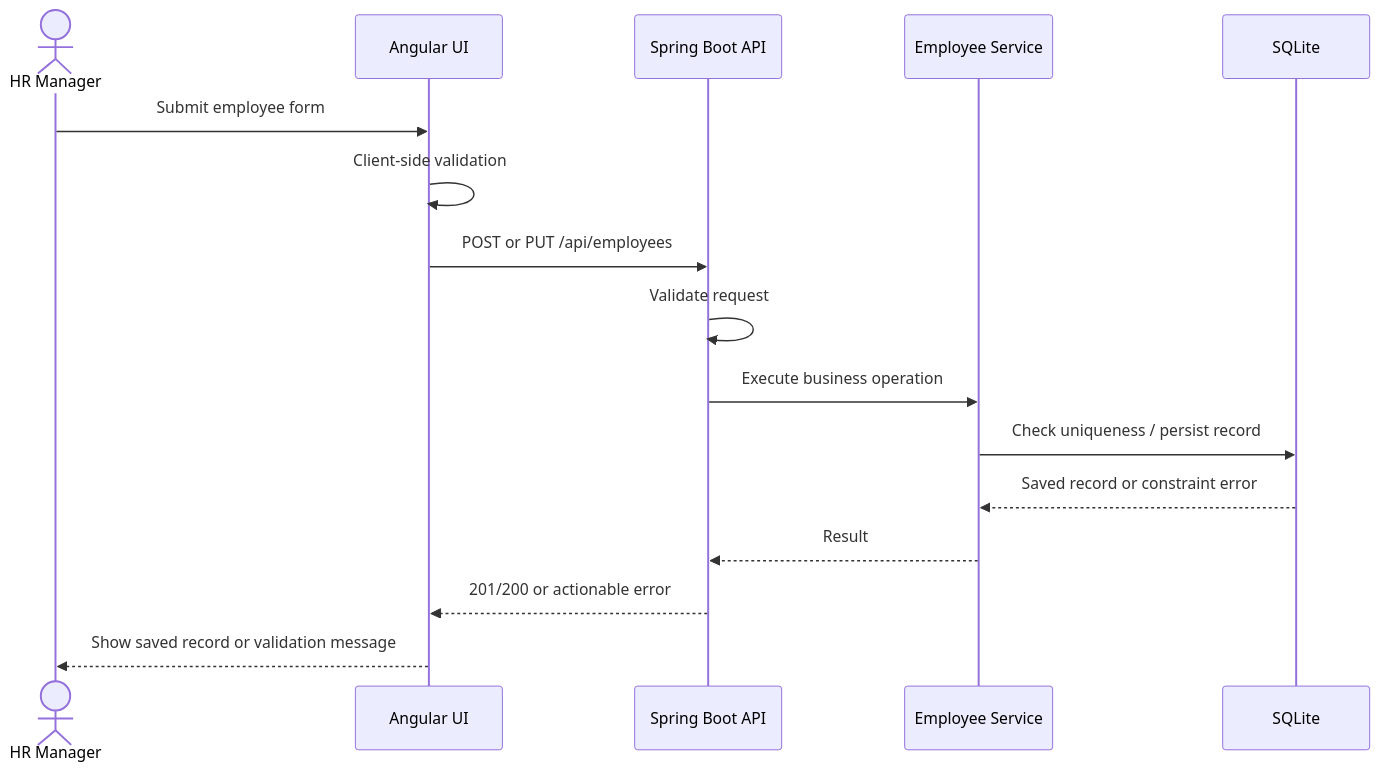
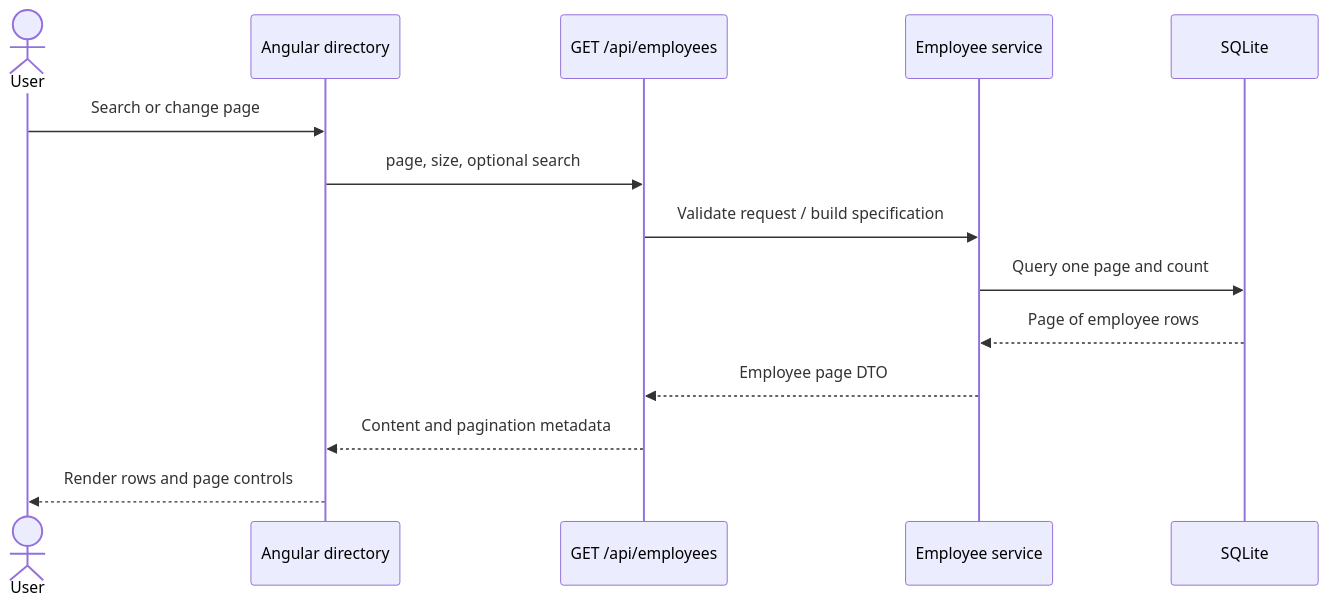
The second of 5 diagrams in docs/architecture-diagrams.md (Pravesh8818-tech/incubyte-salary-management), drawn with Mermaid before and after one commit. The commit also changed other lines of this file and 6 other files, not shown here.

````diff
--- a/docs/architecture-diagrams.md
+++ b/docs/architecture-diagrams.md
@@ -21,18 +24,16 @@
 ```mermaid
 sequenceDiagram
-    actor HR as HR Manager
-    participant UI as Angular UI
-    participant API as Spring Boot API
-    participant S as Employee Service
+    actor User
+    participant UI as Angular directory
+    participant API as GET /api/employees
+    participant Service as Employee service
     participant DB as SQLite
-    HR->>UI: Submit employee form
-    UI->>UI: Client-side validation
-    UI->>API: POST or PUT /api/employees
-    API->>API: Validate request
-    API->>S: Execute business operation
-    S->>DB: Check uniqueness / persist record
-    DB-->>S: Saved record or constraint error
-    S-->>API: Result
-    API-->>UI: 201/200 or actionable error
-    UI-->>HR: Show saved record or validation message
+    User->>UI: Search or change page
+    UI->>API: page, size, optional search
+    API->>Service: Validate request / build specification
+    Service->>DB: Query one page and count
+    DB-->>Service: Page of employee rows
+    Service-->>API: Employee page DTO
+    API-->>UI: Content and pagination metadata
+    UI-->>User: Render rows and page controls
 ```
````
